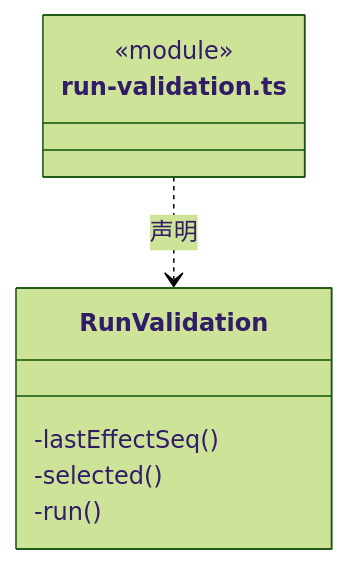
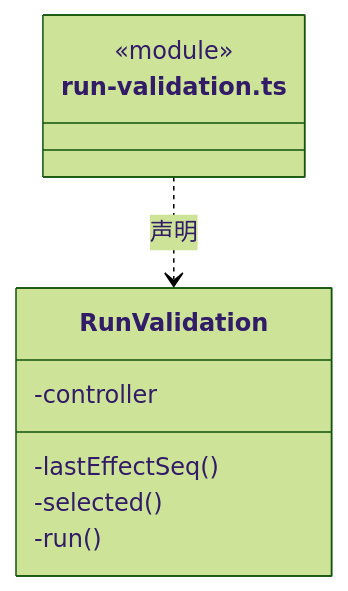
One commit to nan023062/cbim changed diagram 16 of 18 in src/logic/execution/rules/capabilities/ARCHITECTURE.md. Above: the diagram before and after it, drawn with Mermaid (forest theme). The commit also changed other lines of this file and 139 other files, not shown here.

Commit message:
docs(architecture): add source reading paths and complete file inventories

````diff
--- a/src/logic/execution/rules/capabilities/ARCHITECTURE.md
+++ b/src/logic/execution/rules/capabilities/ARCHITECTURE.md
@@ -434,12 +445,13 @@
 ```mermaid
 classDiagram
 class N_src_logic_execution_rules_capabilities_run_validation_ts["run-validation.ts"] {
   <<module>>
 }
 class N_src_logic_execution_rules_capabilities_run_validation_ts_RunValidation["RunValidation"] {
+  -controller
   -lastEffectSeq()
   -selected()
   -run()
 }
 N_src_logic_execution_rules_capabilities_run_validation_ts ..> N_src_logic_execution_rules_capabilities_run_validation_ts_RunValidation : 声明
 ```
````
